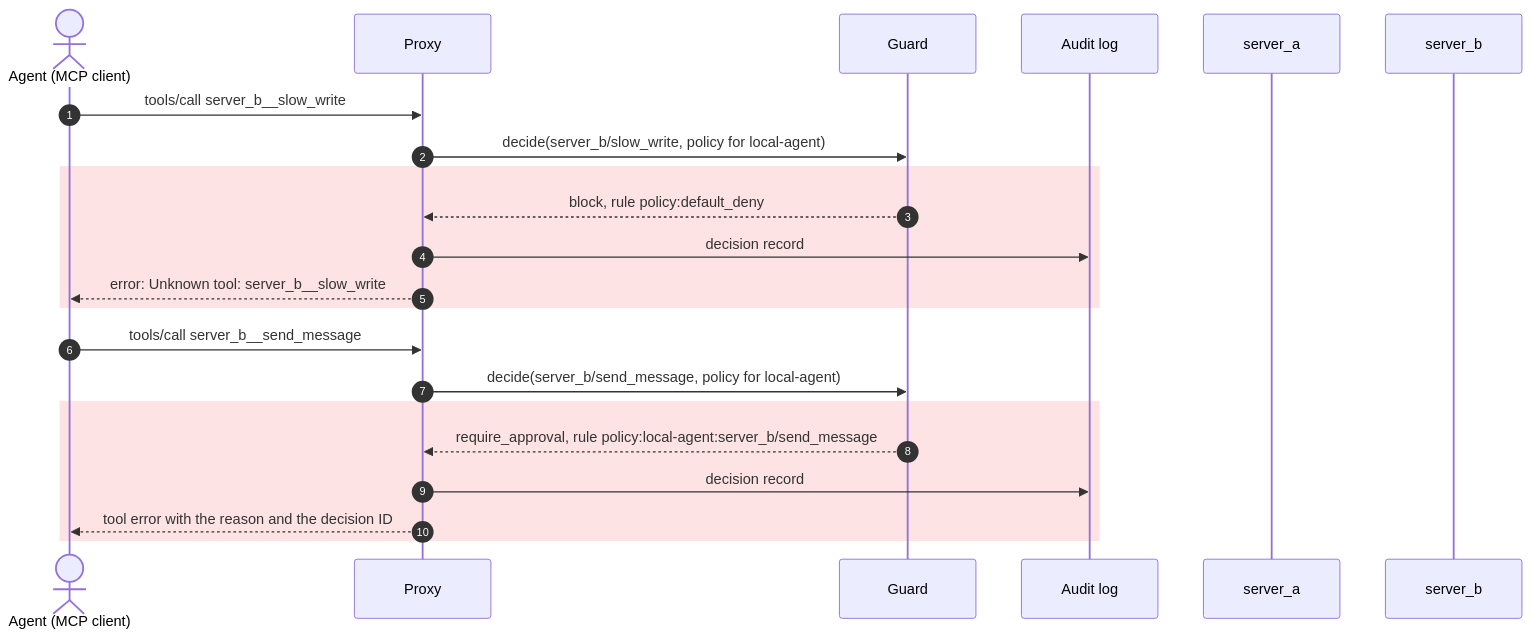
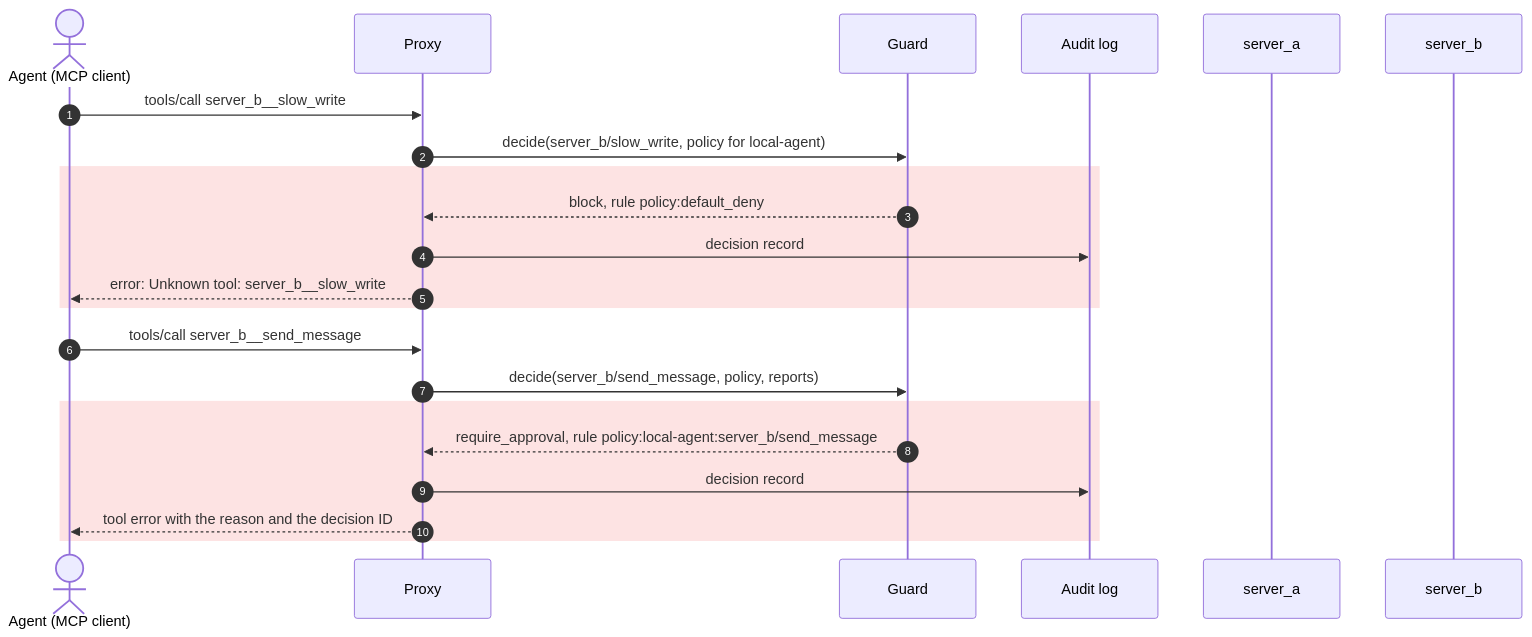
Before and after one commit to taha-kahya/mcp-security-proxy: the fourth of 4 diagrams in docs/guide/how-it-works.md, drawn with Mermaid. The commit also changed other lines of this file and 4 other files, not shown here.

````diff
--- a/docs/guide/how-it-works.md
+++ b/docs/guide/how-it-works.md
@@ -88,26 +131,26 @@
 ```mermaid
 sequenceDiagram
     autonumber
     actor C as Agent (MCP client)
     participant P as Proxy
     participant G as Guard
     participant L as Audit log
     participant SA as server_a
     participant SB as server_b
 
     C->>P: tools/call server_b__slow_write
     P->>G: decide(server_b/slow_write, policy for local-agent)
     rect rgba(239, 68, 68, 0.15)
     G-->>P: block, rule policy:default_deny
     P->>L: decision record
     P-->>C: error: Unknown tool: server_b__slow_write
     end
 
     C->>P: tools/call server_b__send_message
-    P->>G: decide(server_b/send_message, policy for local-agent)
+    P->>G: decide(server_b/send_message, policy, reports)
     rect rgba(239, 68, 68, 0.15)
     G-->>P: require_approval, rule policy:local-agent:server_b/send_message
     P->>L: decision record
     P-->>C: tool error with the reason and the decision ID
     end
 ```
````
